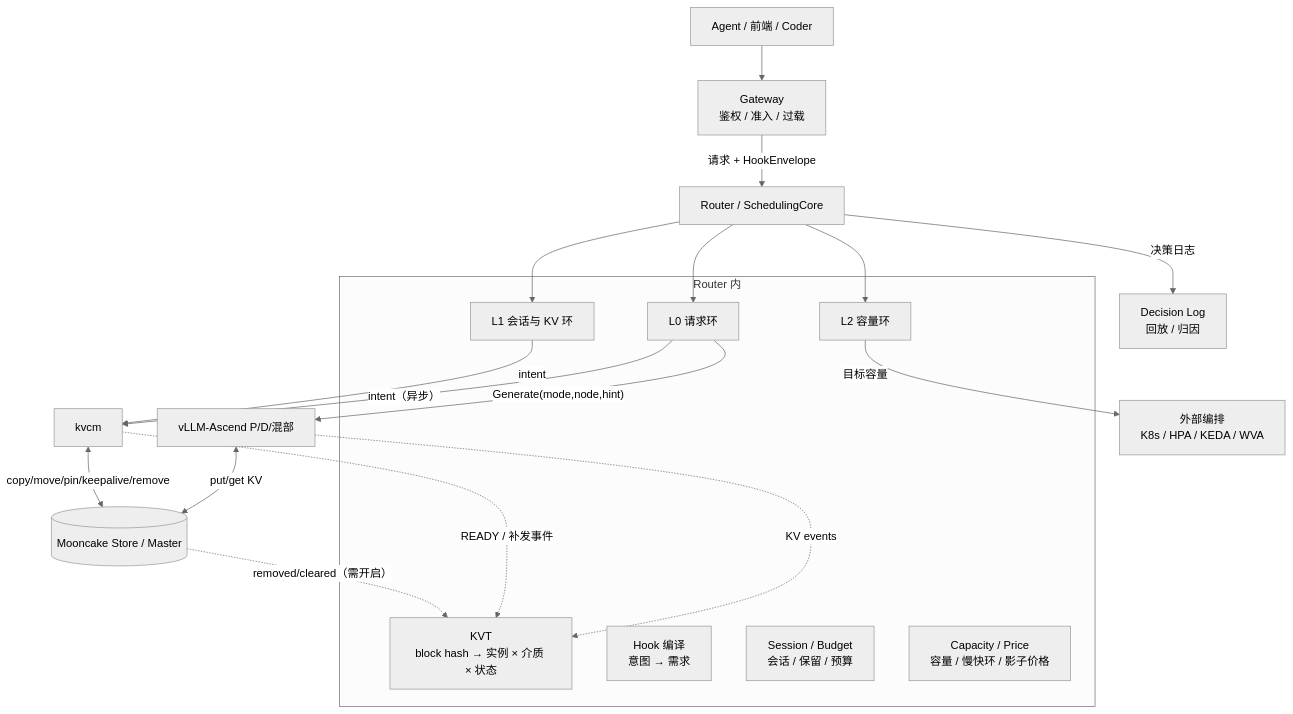
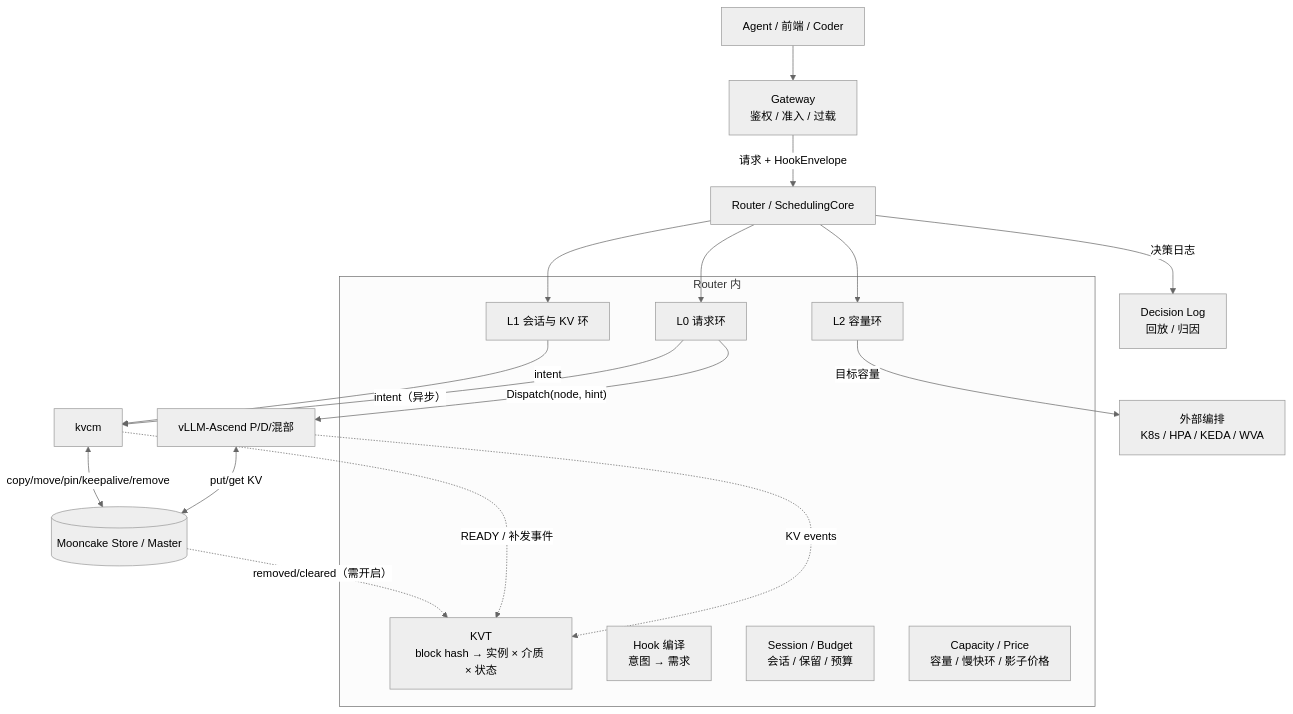
Before and after one commit to 5x8-40/lake: the first of 14 diagrams in kvcm/design/D8-joint-scheduling.md, drawn with Mermaid (neutral theme). The commit also changed other lines of this file and 3 other files, not shown here.

First line of the commit message:
docs(kvcm): 去掉 lake 的 D-direct 术语，改用 vLLM-Ascend 命中分层

````diff
--- a/kvcm/design/D8-joint-scheduling.md
+++ b/kvcm/design/D8-joint-scheduling.md
@@ -32,30 +32,30 @@
 ```mermaid
 flowchart TB
     A["Agent / 前端 / Coder"] --> G["Gateway<br/>鉴权 / 准入 / 过载"]
     G -->|"请求 + HookEnvelope"| R["Router / SchedulingCore"]
 
     subgraph R1["Router 内"]
         KVT["KVT<br/>block hash → 实例 × 介质 × 状态"]
         HK["Hook 编译<br/>意图 → 需求"]
         SES["Session / Budget<br/>会话 / 保留 / 预算"]
         CAP["Capacity / Price<br/>容量 / 慢快环 / 影子价格"]
         L0["L0 请求环"]
         L1["L1 会话与 KV 环"]
         L2["L2 容量环"]
     end
 
     R --> L0
     R --> L1
     R --> L2
-    L0 -->|"Generate(mode,node,hint)"| W["vLLM-Ascend P/D/混部"]
+    L0 -->|"Dispatch(node, hint)"| W["vLLM-Ascend P/D/混部"]
     L0 -->|"intent（异步）"| K["kvcm"]
     L1 -->|"intent"| K
     L2 -->|"目标容量"| O["外部编排<br/>K8s / HPA / KEDA / WVA"]
 
     W <-->|"put/get KV"| M[("Mooncake Store / Master")]
     W -.->|"KV events"| KVT
     K <-->|"copy/move/pin/keepalive/remove"| M
     K -.->|"READY / 补发事件"| KVT
     M -.->|"removed/cleared（需开启）"| KVT
     R -->|"决策日志"| LOG["Decision Log<br/>回放 / 归因"]
 ```
````
